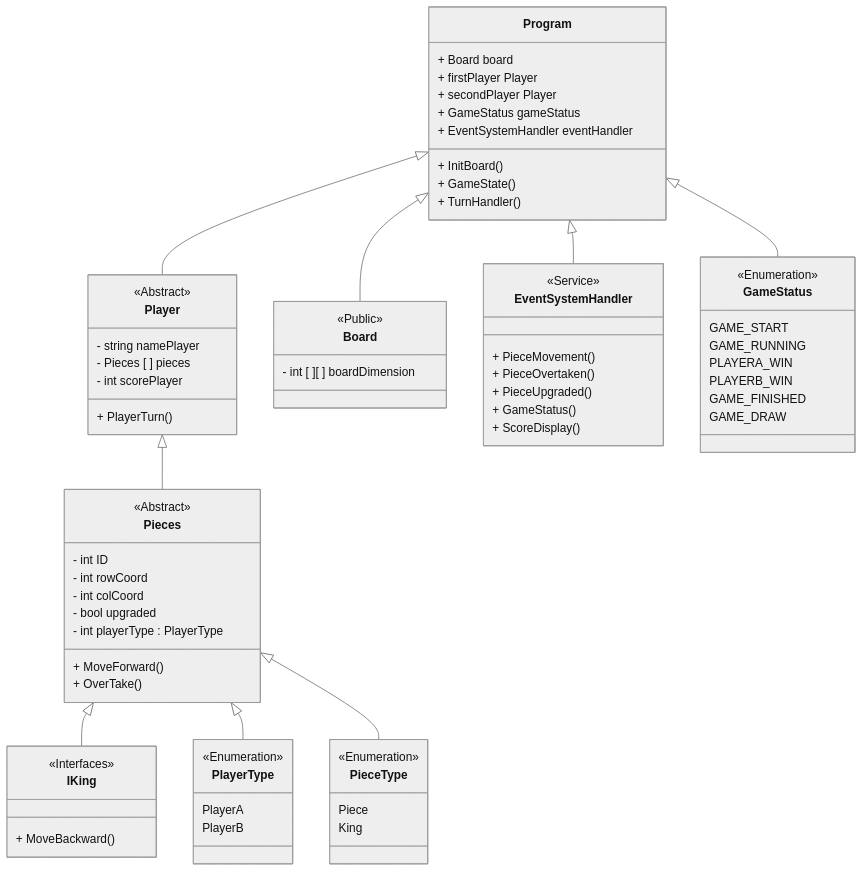
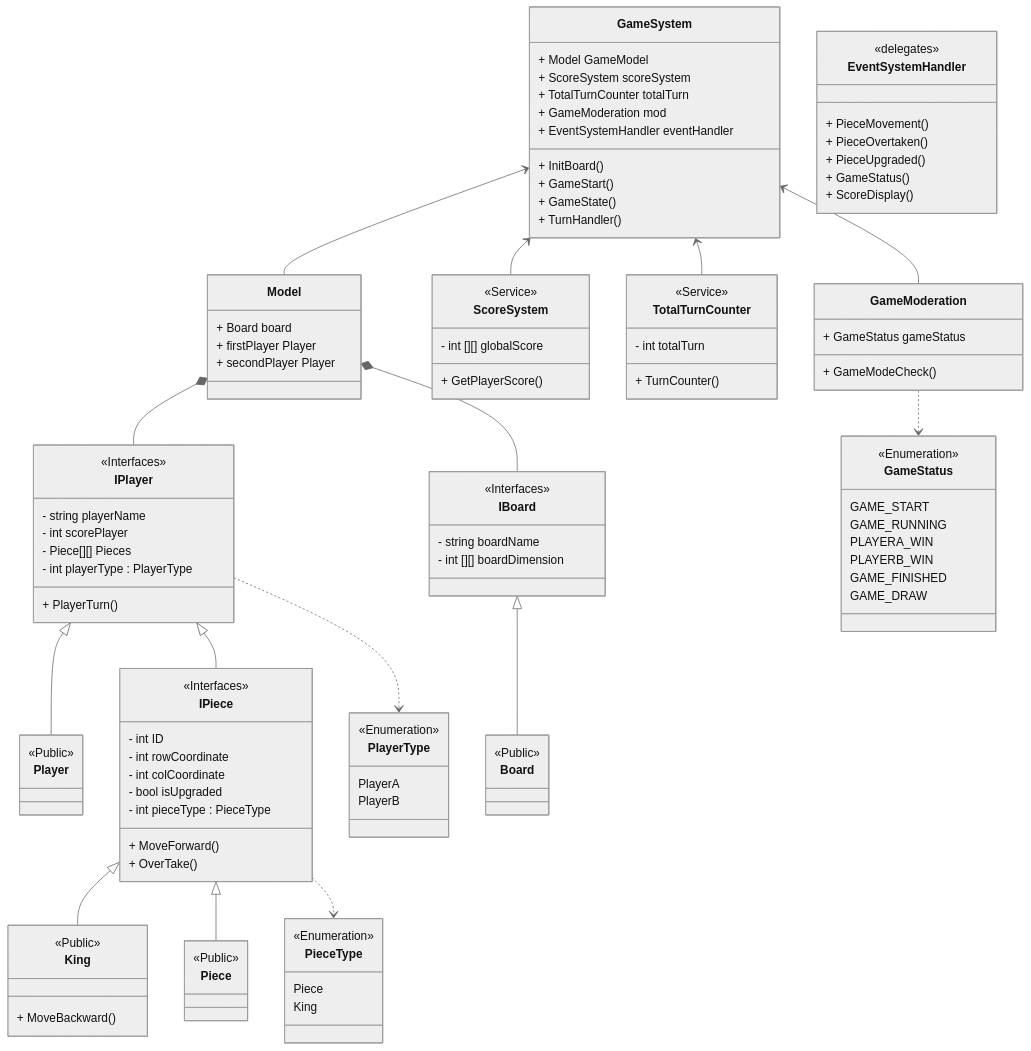
One commit to WallNutss/SEFormulatrix_Bootcamp changed the diagram in Day 7/Project Checker/classDiagram.md. Above: the diagram before and after it, drawn with Mermaid (neutral theme). The commit also changed 5 other files, not shown here.

````diff
--- a/Day 7/Project Checker/classDiagram.md
+++ b/Day 7/Project Checker/classDiagram.md
@@ -1,66 +1,112 @@
 ```mermaid
 classDiagram
     %% OOP Structure
-    Pieces <|-- IKing
-    Player <|-- Pieces
-    Program <|-- Player
-    Program <|-- Board
-    Program <|-- EventSystemHandler
-    Program <|-- GameStatus
-    Pieces <|-- PlayerType 
-    Pieces <|-- PieceType 
-    
 
+    %% Big Parent Class inherit Interface
+    IPiece <|-- King
+    IPiece <|-- Piece
+    IPlayer <|-- Player
+    IPlayer <|-- IPiece
+    IBoard <|-- Board
 
+    %% Instantiating Class Relation
+    Model *-- IPlayer
+    Model *-- IBoard
+
+    %% Relation to GameSystem
+    GameSystem <-- Model
+    GameSystem <-- ScoreSystem
+    GameSystem <-- TotalTurnCounter
+    GameSystem <-- GameModeration
+
+    %% Enumeration Relation to Class
+    IPlayer ..> PlayerType 
+    IPiece ..> PieceType
+    GameModeration ..> GameStatus
 
     %% MAIN PROGRAM/GAME CONTROLLER
-    class Program{
+    class Model{
       + Board board
       + firstPlayer Player
       + secondPlayer Player
-      + GameStatus gameStatus
+    }
+    class GameSystem{
+      + Model GameModel
+      + ScoreSystem scoreSystem
+      + TotalTurnCounter totalTurn
+      + GameModeration mod
       + EventSystemHandler eventHandler
       + InitBoard()
+      + GameStart()
       + GameState()
       + TurnHandler()
-
     }
 
-    %% Defining Abstract Class Template
-    class Pieces{
-      <<Abstract>>
+    class GameModeration{
+      + GameStatus gameStatus
+      + GameModeCheck()
+    }
+
+    %% Defining Interface
+    class IPiece{
+      <<Interfaces>>
       - int ID
-      - int rowCoord
-      - int colCoord
-      - bool upgraded
-      - int playerType : PlayerType
+      - int rowCoordinate
+      - int colCoordinate
+      - bool isUpgraded
+      - int pieceType : PieceType
       + MoveForward()
       + OverTake()
     }
+
+    class IPlayer{
+      <<Interfaces>>
+      - string playerName
+      - int scorePlayer
+      - Piece[][] Pieces
+      - int playerType : PlayerType
+      + PlayerTurn()
+    }
+
+    class IBoard{
+      <<Interfaces>>
+      - string boardName
+      - int [][] boardDimension
+    }
+
+    %% Defining Class Template
+    class Piece{
+      <<Public>>
+    }
+    class King{
+      <<Public>>
+      + MoveBackward()
+    }
+
     class Player{
-      <<Abstract>>
-      - string namePlayer
-      - Pieces [ ] pieces
-      - int scorePlayer
-      + PlayerTurn()  
+      <<Public>>
     }
 
     class Board{
       <<Public>>
-      - int [ ][ ] boardDimension
-
-
     }
 
-    %% Defining Interface
-    class IKing{
-      <<Interfaces>>
-      + MoveBackward()
+    %% Defining Services
+    class ScoreSystem{
+      <<Service>>
+      - int [][] globalScore
+      + GetPlayerScore()
     }
 
-    %% Defining Event Handler
+    class TotalTurnCounter{
+      <<Service>>
+      - int totalTurn
+      + TurnCounter()
+    }
+
+    %% Defining Event Handler Delegates
     class EventSystemHandler{
-      <<Service>>
+      <<delegates>>
       + PieceMovement()
       + PieceOvertaken()
       + PieceUpgraded()
````
